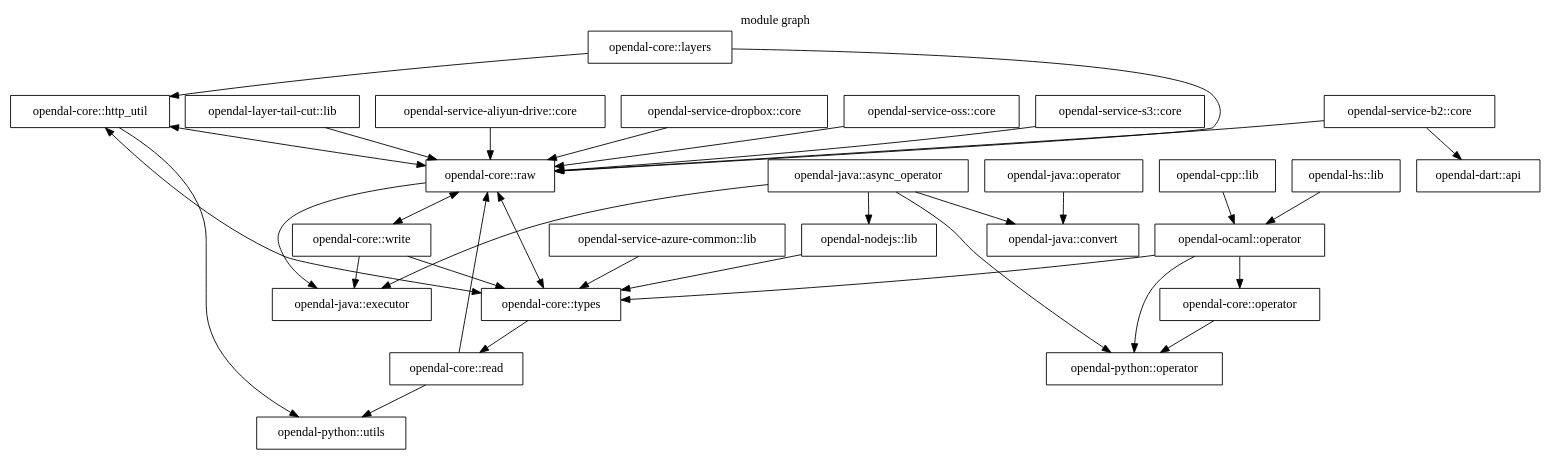
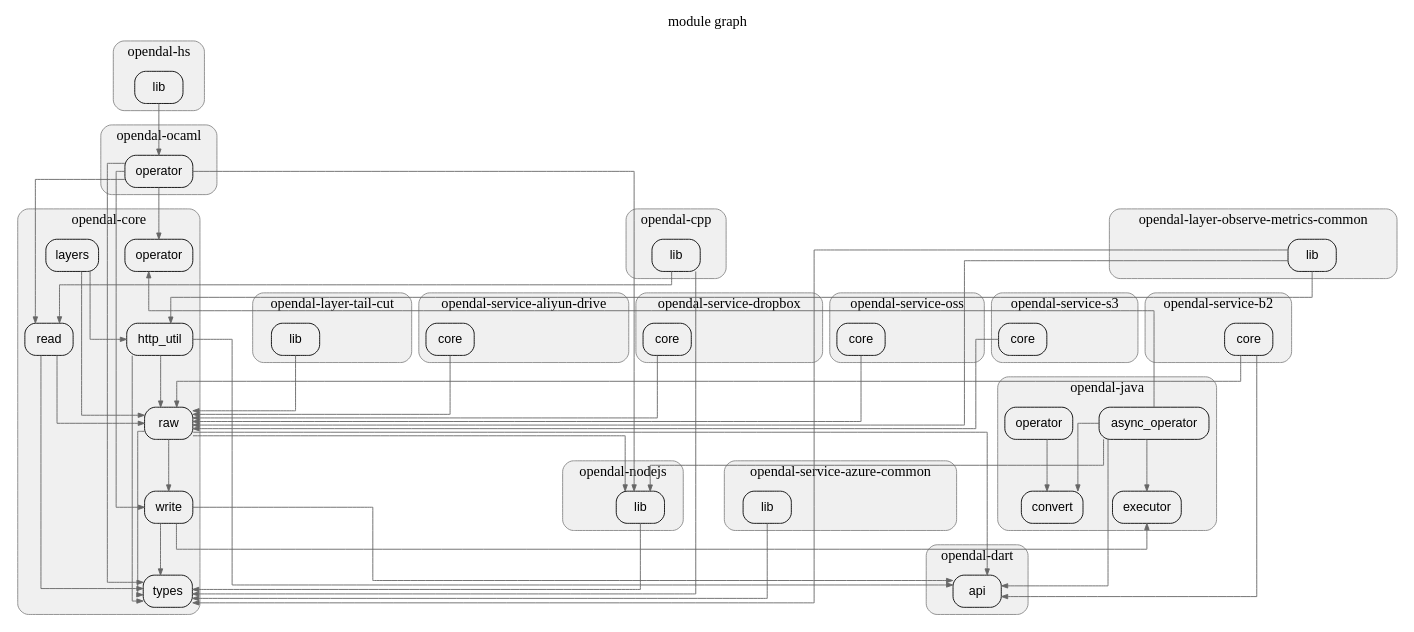
The diagram in sample/opendal-pagerank/depth_2_module.dot (allenanswerzq/llmcc), drawn with Graphviz before and after one commit. The commit also changed 249 other files, not shown here.

```diff
--- a/sample/opendal-pagerank/depth_2_module.dot
+++ b/sample/opendal-pagerank/depth_2_module.dot
@@ -1,61 +1,212 @@
 digraph architecture {
-  node [shape=box];
+  // Layout settings
+  rankdir=TB;
+  ranksep=0.8;
+  nodesep=0.4;
+  splines=ortho;
+  concentrate=true;
+
+  node [shape=box, style="rounded,filled", fillcolor="#f0f0f0", fontname="Helvetica"];
+  edge [color="#666666", arrowsize=0.7];
 
   label="module graph";
   labelloc=t;
+  fontsize=16;
+  fontname="Helvetica Bold";
 
-  mod_opendal_core_http_util[label="opendal-core::http_util"];
-  mod_opendal_core_layers[label="opendal-core::layers"];
-  mod_opendal_core_operator[label="opendal-core::operator"];
-  mod_opendal_core_raw[label="opendal-core::raw"];
-  mod_opendal_core_read[label="opendal-core::read"];
-  mod_opendal_core_types[label="opendal-core::types"];
-  mod_opendal_core_write[label="opendal-core::write"];
-  mod_opendal_cpp_lib[label="opendal-cpp::lib"];
-  mod_opendal_dart_api[label="opendal-dart::api"];
-  mod_opendal_hs_lib[label="opendal-hs::lib"];
-  mod_opendal_java_async_operator[label="opendal-java::async_operator"];
-  mod_opendal_java_convert[label="opendal-java::convert"];
-  mod_opendal_java_executor[label="opendal-java::executor"];
-  mod_opendal_java_operator[label="opendal-java::operator"];
-  mod_opendal_layer_tail_cut_lib[label="opendal-layer-tail-cut::lib"];
-  mod_opendal_nodejs_lib[label="opendal-nodejs::lib"];
-  mod_opendal_ocaml_operator[label="opendal-ocaml::operator"];
-  mod_opendal_python_operator[label="opendal-python::operator"];
-  mod_opendal_python_utils[label="opendal-python::utils"];
-  mod_opendal_service_aliyun_drive_core[label="opendal-service-aliyun-drive::core"];
-  mod_opendal_service_azure_common_lib[label="opendal-service-azure-common::lib"];
-  mod_opendal_service_b2_core[label="opendal-service-b2::core"];
-  mod_opendal_service_dropbox_core[label="opendal-service-dropbox::core"];
-  mod_opendal_service_oss_core[label="opendal-service-oss::core"];
-  mod_opendal_service_s3_core[label="opendal-service-s3::core"];
+  subgraph cluster_opendal_core {
+    label="opendal-core";
+    style=rounded;
+    color="#888888";
+    bgcolor="#f0f0f0";
+    fontname="Helvetica Bold";
 
-  mod_opendal_core_http_util -> mod_opendal_core_raw [dir=both];
-  mod_opendal_core_http_util -> mod_opendal_core_types [dir=both];
-  mod_opendal_core_http_util -> mod_opendal_python_utils;
+    mod_opendal_core_http_util[label="http_util"];
+    mod_opendal_core_layers[label="layers"];
+    mod_opendal_core_operator[label="operator"];
+    mod_opendal_core_raw[label="raw"];
+    mod_opendal_core_read[label="read"];
+    mod_opendal_core_types[label="types"];
+    mod_opendal_core_write[label="write"];
+  }
+
+  subgraph cluster_opendal_cpp {
+    label="opendal-cpp";
+    style=rounded;
+    color="#888888";
+    bgcolor="#f0f0f0";
+    fontname="Helvetica Bold";
+
+    mod_opendal_cpp_lib[label="lib"];
+  }
+
+  subgraph cluster_opendal_dart {
+    label="opendal-dart";
+    style=rounded;
+    color="#888888";
+    bgcolor="#f0f0f0";
+    fontname="Helvetica Bold";
+
+    mod_opendal_dart_api[label="api"];
+  }
+
+  subgraph cluster_opendal_hs {
+    label="opendal-hs";
+    style=rounded;
+    color="#888888";
+    bgcolor="#f0f0f0";
+    fontname="Helvetica Bold";
+
+    mod_opendal_hs_lib[label="lib"];
+  }
+
+  subgraph cluster_opendal_java {
+    label="opendal-java";
+    style=rounded;
+    color="#888888";
+    bgcolor="#f0f0f0";
+    fontname="Helvetica Bold";
+
+    mod_opendal_java_async_operator[label="async_operator"];
+    mod_opendal_java_convert[label="convert"];
+    mod_opendal_java_executor[label="executor"];
+    mod_opendal_java_operator[label="operator"];
+  }
+
+  subgraph cluster_opendal_layer_observe_metrics_common {
+    label="opendal-layer-observe-metrics-common";
+    style=rounded;
+    color="#888888";
+    bgcolor="#f0f0f0";
+    fontname="Helvetica Bold";
+
+    mod_opendal_layer_observe_metrics_common_lib[label="lib"];
+  }
+
+  subgraph cluster_opendal_layer_tail_cut {
+    label="opendal-layer-tail-cut";
+    style=rounded;
+    color="#888888";
+    bgcolor="#f0f0f0";
+    fontname="Helvetica Bold";
+
+    mod_opendal_layer_tail_cut_lib[label="lib"];
+  }
+
+  subgraph cluster_opendal_nodejs {
+    label="opendal-nodejs";
+    style=rounded;
+    color="#888888";
+    bgcolor="#f0f0f0";
+    fontname="Helvetica Bold";
+
+    mod_opendal_nodejs_lib[label="lib"];
+  }
+
+  subgraph cluster_opendal_ocaml {
+    label="opendal-ocaml";
+    style=rounded;
+    color="#888888";
+    bgcolor="#f0f0f0";
+    fontname="Helvetica Bold";
+
+    mod_opendal_ocaml_operator[label="operator"];
+  }
+
+  subgraph cluster_opendal_service_aliyun_drive {
+    label="opendal-service-aliyun-drive";
+    style=rounded;
+    color="#888888";
+    bgcolor="#f0f0f0";
+    fontname="Helvetica Bold";
+
+    mod_opendal_service_aliyun_drive_core[label="core"];
+  }
+
+  subgraph cluster_opendal_service_azure_common {
+    label="opendal-service-azure-common";
+    style=rounded;
+    color="#888888";
+    bgcolor="#f0f0f0";
+    fontname="Helvetica Bold";
+
+    mod_opendal_service_azure_common_lib[label="lib"];
+  }
+
+  subgraph cluster_opendal_service_b2 {
+    label="opendal-service-b2";
+    style=rounded;
+    color="#888888";
+    bgcolor="#f0f0f0";
+    fontname="Helvetica Bold";
+
+    mod_opendal_service_b2_core[label="core"];
+  }
+
+  subgraph cluster_opendal_service_dropbox {
+    label="opendal-service-dropbox";
+    style=rounded;
+    color="#888888";
+    bgcolor="#f0f0f0";
+    fontname="Helvetica Bold";
+
+    mod_opendal_service_dropbox_core[label="core"];
+  }
+
+  subgraph cluster_opendal_service_oss {
+    label="opendal-service-oss";
+    style=rounded;
+    color="#888888";
+    bgcolor="#f0f0f0";
+    fontname="Helvetica Bold";
+
+    mod_opendal_service_oss_core[label="core"];
+  }
+
+  subgraph cluster_opendal_service_s3 {
+    label="opendal-service-s3";
+    style=rounded;
+    color="#888888";
+    bgcolor="#f0f0f0";
+    fontname="Helvetica Bold";
+
+    mod_opendal_service_s3_core[label="core"];
+  }
+
+
+  mod_opendal_core_http_util -> mod_opendal_core_raw;
+  mod_opendal_core_http_util -> mod_opendal_core_types;
+  mod_opendal_core_http_util -> mod_opendal_dart_api;
   mod_opendal_core_layers -> mod_opendal_core_http_util;
   mod_opendal_core_layers -> mod_opendal_core_raw;
-  mod_opendal_core_operator -> mod_opendal_python_operator;
-  mod_opendal_core_raw -> mod_opendal_core_types [dir=both];
-  mod_opendal_core_raw -> mod_opendal_core_write [dir=both];
-  mod_opendal_core_raw -> mod_opendal_java_executor;
+  mod_opendal_core_raw -> mod_opendal_core_types;
+  mod_opendal_core_raw -> mod_opendal_core_write;
+  mod_opendal_core_raw -> mod_opendal_dart_api;
+  mod_opendal_core_raw -> mod_opendal_nodejs_lib;
   mod_opendal_core_read -> mod_opendal_core_raw;
-  mod_opendal_core_read -> mod_opendal_python_utils;
-  mod_opendal_core_types -> mod_opendal_core_read;
+  mod_opendal_core_read -> mod_opendal_core_types;
   mod_opendal_core_write -> mod_opendal_core_types;
+  mod_opendal_core_write -> mod_opendal_dart_api;
   mod_opendal_core_write -> mod_opendal_java_executor;
-  mod_opendal_cpp_lib -> mod_opendal_ocaml_operator;
+  mod_opendal_cpp_lib -> mod_opendal_core_read;
+  mod_opendal_cpp_lib -> mod_opendal_core_types;
   mod_opendal_hs_lib -> mod_opendal_ocaml_operator;
+  mod_opendal_java_async_operator -> mod_opendal_core_operator;
+  mod_opendal_java_async_operator -> mod_opendal_dart_api;
   mod_opendal_java_async_operator -> mod_opendal_java_convert;
   mod_opendal_java_async_operator -> mod_opendal_java_executor;
   mod_opendal_java_async_operator -> mod_opendal_nodejs_lib;
-  mod_opendal_java_async_operator -> mod_opendal_python_operator;
   mod_opendal_java_operator -> mod_opendal_java_convert;
+  mod_opendal_layer_observe_metrics_common_lib -> mod_opendal_core_http_util;
+  mod_opendal_layer_observe_metrics_common_lib -> mod_opendal_core_raw;
+  mod_opendal_layer_observe_metrics_common_lib -> mod_opendal_core_types;
   mod_opendal_layer_tail_cut_lib -> mod_opendal_core_raw;
   mod_opendal_nodejs_lib -> mod_opendal_core_types;
   mod_opendal_ocaml_operator -> mod_opendal_core_operator;
+  mod_opendal_ocaml_operator -> mod_opendal_core_read;
   mod_opendal_ocaml_operator -> mod_opendal_core_types;
-  mod_opendal_ocaml_operator -> mod_opendal_python_operator;
+  mod_opendal_ocaml_operator -> mod_opendal_core_write;
+  mod_opendal_ocaml_operator -> mod_opendal_nodejs_lib;
   mod_opendal_service_aliyun_drive_core -> mod_opendal_core_raw;
   mod_opendal_service_azure_common_lib -> mod_opendal_core_types;
   mod_opendal_service_b2_core -> mod_opendal_core_raw;
```
